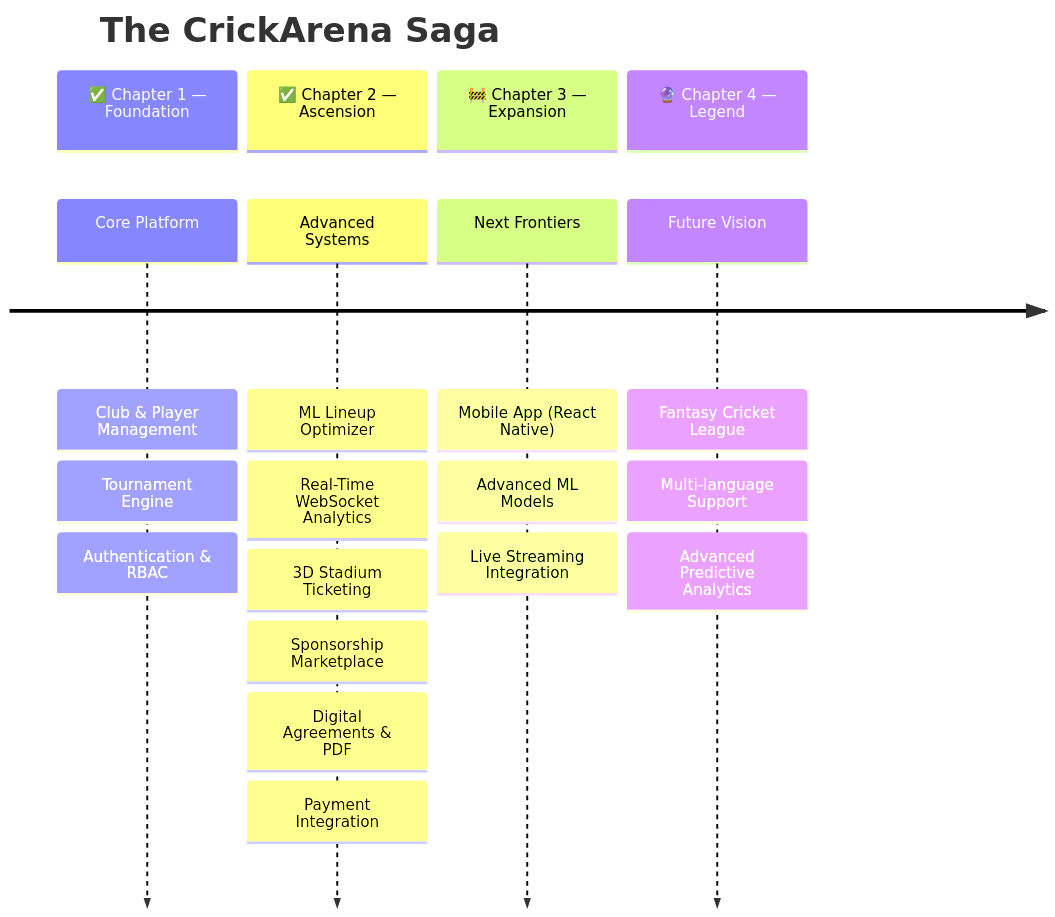
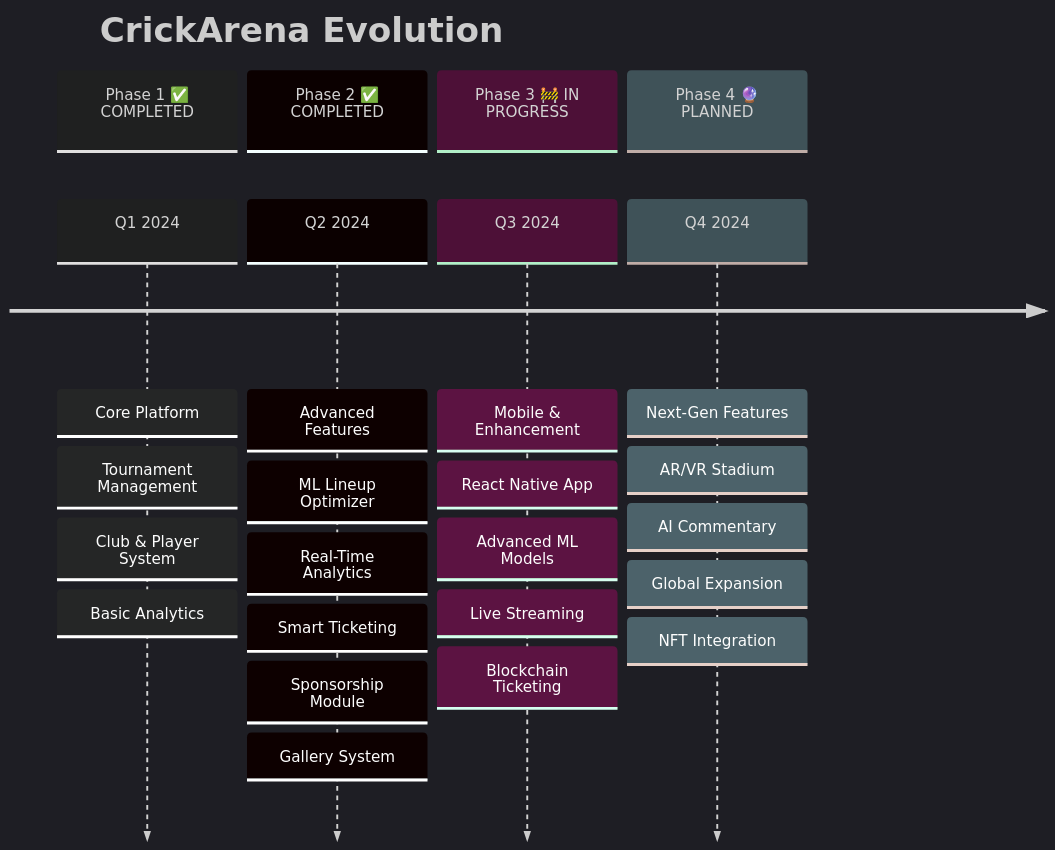
Diagram 16 of 16 in README.md (jamesvarghese7/Crickarena), drawn with Mermaid before and after one commit. The commit also changed other lines of this file, not shown here.

````diff
--- a/README.md
+++ b/README.md
@@ -1320,23 +2422,29 @@
 ```mermaid
+%%{init: {'theme':'dark'}}%%
 timeline
-    title The CrickArena Saga
-    section ✅ Chapter 1 — Foundation
-        Core Platform : Club & Player Management
-                      : Tournament Engine
-                      : Authentication & RBAC
-    section ✅ Chapter 2 — Ascension
-        Advanced Systems : ML Lineup Optimizer
-                         : Real-Time WebSocket Analytics
-                         : 3D Stadium Ticketing
-                         : Sponsorship Marketplace
-                         : Digital Agreements & PDF
-                         : Payment Integration
-    section 🚧 Chapter 3 — Expansion
-        Next Frontiers : Mobile App (React Native)
-                       : Advanced ML Models
-                       : Live Streaming Integration
-    section 🔮 Chapter 4 — Legend
-        Future Vision : Fantasy Cricket League
-                      : Multi-language Support
-                      : Advanced Predictive Analytics
+    title CrickArena Evolution
+    section Phase 1 ✅ COMPLETED
+        Q1 2024 : Core Platform
+                : Tournament Management
+                : Club & Player System
+                : Basic Analytics
+    section Phase 2 ✅ COMPLETED
+        Q2 2024 : Advanced Features
+                : ML Lineup Optimizer
+                : Real-Time Analytics
+                : Smart Ticketing
+                : Sponsorship Module
+                : Gallery System
+    section Phase 3 🚧 IN PROGRESS
+        Q3 2024 : Mobile & Enhancement
+                : React Native App
+                : Advanced ML Models
+                : Live Streaming
+                : Blockchain Ticketing
+    section Phase 4 🔮 PLANNED
+        Q4 2024 : Next-Gen Features
+                : AR/VR Stadium
+                : AI Commentary
+                : Global Expansion
+                : NFT Integration
 ```
````
